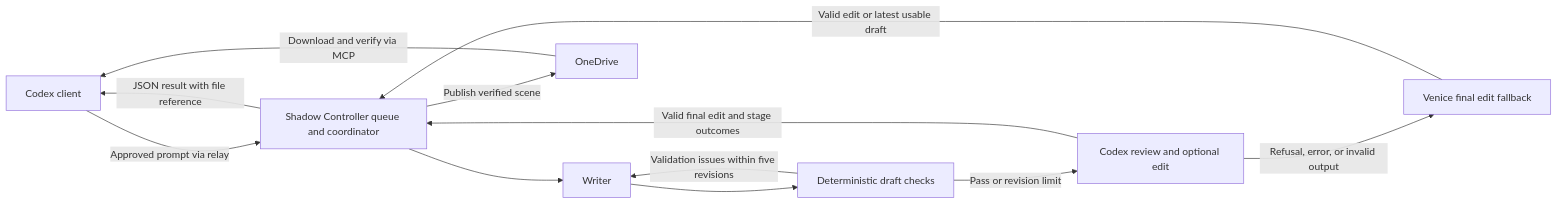
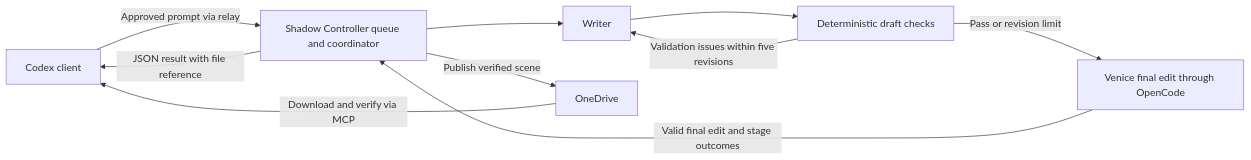
One commit to DRincs-Productions/LM-Studio changed diagram 12 of 12 in README.md. Above: the diagram before and after it, drawn with Mermaid. The commit also changed other lines of this file and 31 other files, not shown here.

Commit message:
Integrate OpenCode across Shadow workflows

````diff
--- a/README.md
+++ b/README.md
@@ -560,14 +558,12 @@
 ```mermaid
 flowchart LR
     A[Codex client] -->|Approved prompt via relay| S[Shadow Controller queue and coordinator]
     S --> W[Writer]
     W --> G[Deterministic draft checks]
     G -->|Validation issues within five revisions| W
-    G -->|Pass or revision limit| C[Codex review and optional edit]
+    G -->|Pass or revision limit| C[Venice final edit through OpenCode]
     C -->|Valid final edit and stage outcomes| S
-    C -->|Refusal, error, or invalid output| V[Venice final edit fallback]
-    V -->|Valid edit or latest usable draft| S
     S -->|Publish verified scene| O[OneDrive]
     S -->|JSON result with file reference| A
     O -->|Download and verify via MCP| A
 ```
````
